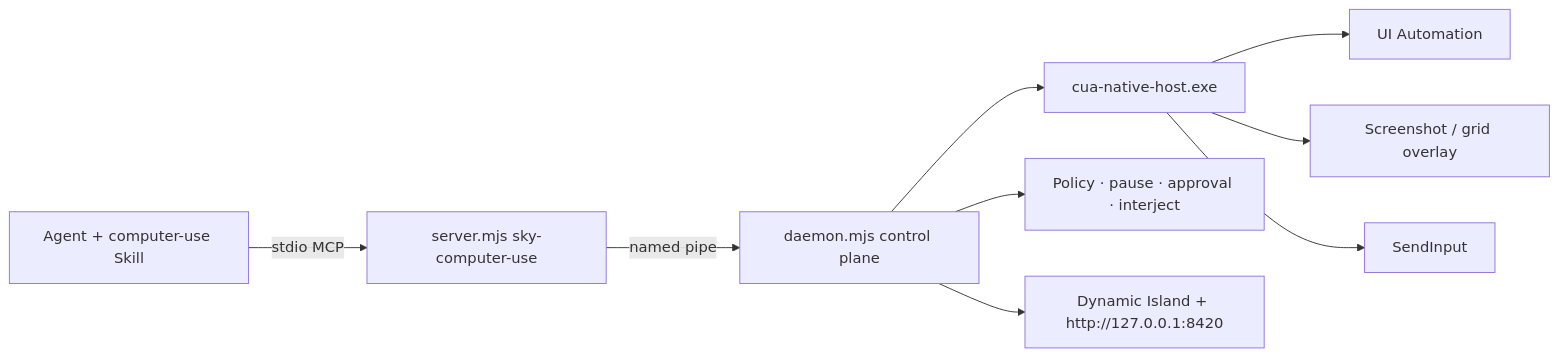
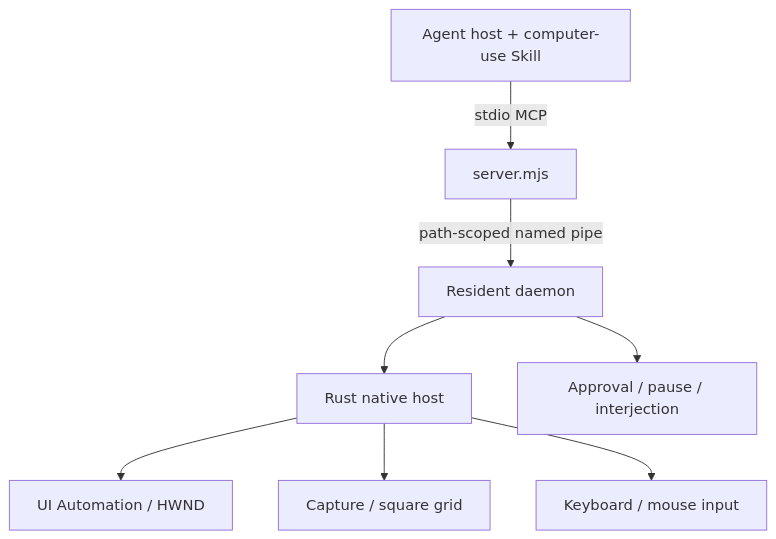
One commit to Guojiz/FastCUA changed the diagram in README.md. Above: the diagram before and after it, drawn with Mermaid. The commit also changed other lines of this file and 22 other files, not shown here.

First line of the commit message:
docs: consolidate FastCUA and align product architecture (#5)

````diff
--- a/README.md
+++ b/README.md
@@ -76,11 +37,10 @@
 ```mermaid
-flowchart LR
-  A["Agent + computer-use Skill"] -->|"stdio MCP"| B["server.mjs sky-computer-use"]
-  B -->|"named pipe"| C["daemon.mjs control plane"]
-  C --> D["cua-native-host.exe"]
-  D --> E["UI Automation"]
-  D --> F["Screenshot / grid overlay"]
-  D --> G["SendInput"]
-  C --> H["Policy · pause · approval · interject"]
-  C --> I["Dynamic Island + http://127.0.0.1:8420"]
+flowchart TB
+  A["Agent host + computer-use Skill"] -->|"stdio MCP"| B["server.mjs"]
+  B -->|"path-scoped named pipe"| C["Resident daemon"]
+  C --> D["Rust native host"]
+  D --> E["UI Automation / HWND"]
+  D --> F["Capture / square grid"]
+  D --> G["Keyboard / mouse input"]
+  C --> H["Approval / pause / interjection"]
 ```
````
